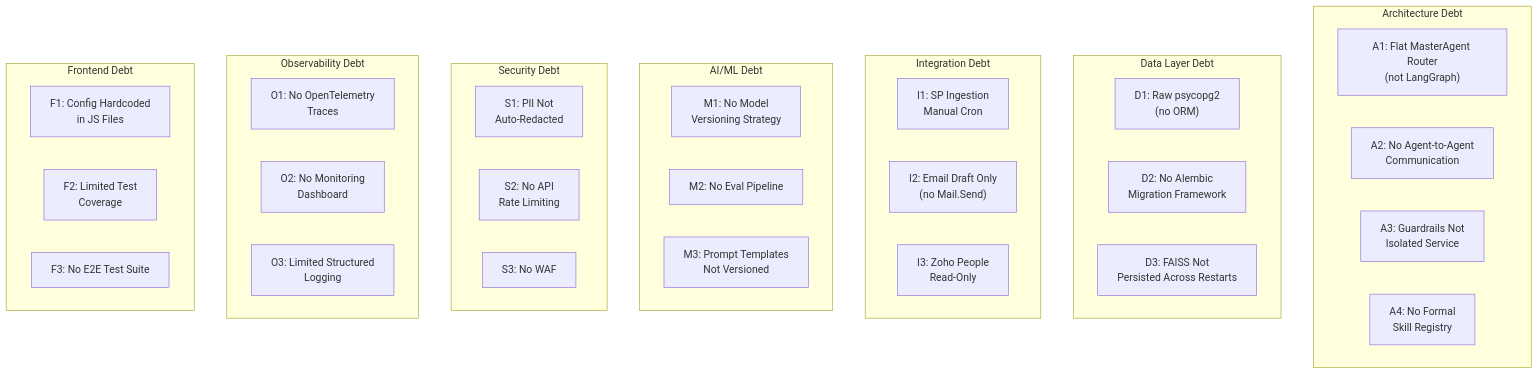
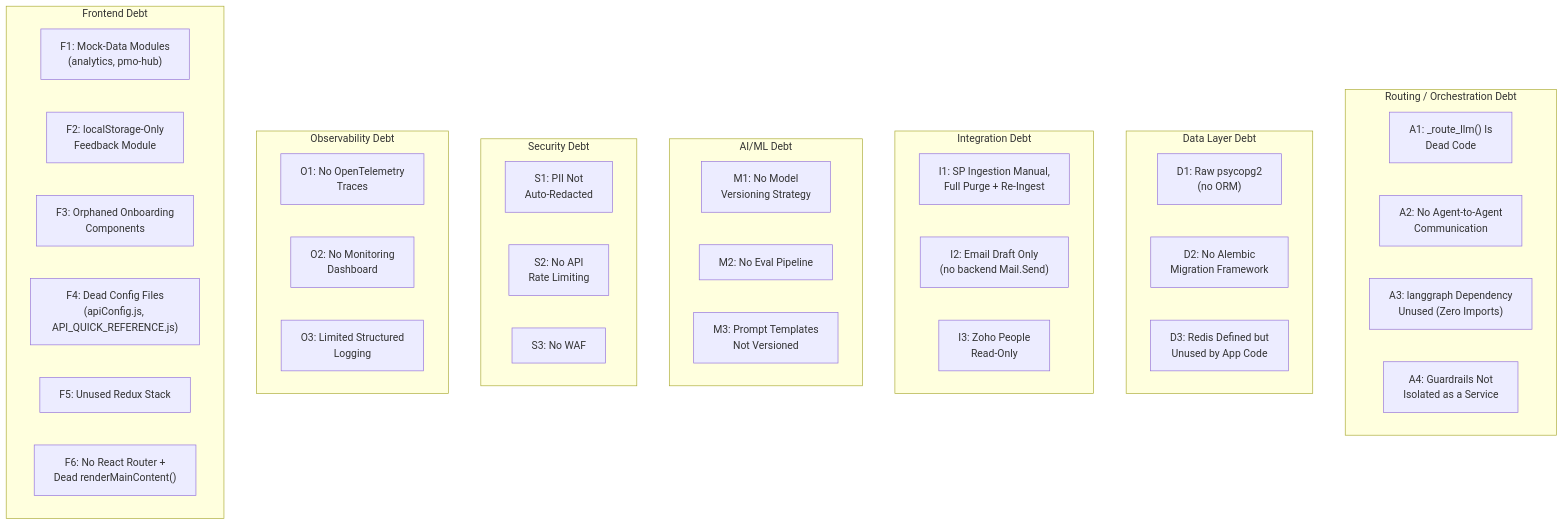
One commit to pdikondaaa/aa-hackathon changed the diagram in knowledge-specs/docs/09-roadmap/technical-debt.md. Above: the diagram before and after it, drawn with Mermaid. The commit also changed other lines of this file and 71 other files, not shown here.

````diff
--- a/knowledge-specs/docs/09-roadmap/technical-debt.md
+++ b/knowledge-specs/docs/09-roadmap/technical-debt.md
@@ -18,45 +29,48 @@
 ```mermaid
 graph TD
-    subgraph "Architecture Debt"
-        A1["A1: Flat MasterAgent Router\n(not LangGraph)"]
+    subgraph "Routing / Orchestration Debt"
+        A1["A1: _route_llm() Is\nDead Code"]
         A2["A2: No Agent-to-Agent\nCommunication"]
-        A3["A3: Guardrails Not\nIsolated Service"]
-        A4["A4: No Formal\nSkill Registry"]
+        A3["A3: langgraph Dependency\nUnused (Zero Imports)"]
+        A4["A4: Guardrails Not\nIsolated as a Service"]
     end
 
     subgraph "Data Layer Debt"
         D1["D1: Raw psycopg2\n(no ORM)"]
         D2["D2: No Alembic\nMigration Framework"]
-        D3["D3: FAISS Not\nPersisted Across Restarts"]
+        D3["D3: Redis Defined but\nUnused by App Code"]
     end
 
     subgraph "Integration Debt"
-        I1["I1: SP Ingestion\nManual Cron"]
-        I2["I2: Email Draft Only\n(no Mail.Send)"]
+        I1["I1: SP Ingestion Manual,\nFull Purge + Re-Ingest"]
+        I2["I2: Email Draft Only\n(no backend Mail.Send)"]
         I3["I3: Zoho People\nRead-Only"]
     end
 
     subgraph "AI/ML Debt"
         M1["M1: No Model\nVersioning Strategy"]
         M2["M2: No Eval Pipeline"]
         M3["M3: Prompt Templates\nNot Versioned"]
     end
 
     subgraph "Security Debt"
         S1["S1: PII Not\nAuto-Redacted"]
         S2["S2: No API\nRate Limiting"]
         S3["S3: No WAF"]
     end
 
     subgraph "Observability Debt"
         O1["O1: No OpenTelemetry\nTraces"]
         O2["O2: No Monitoring\nDashboard"]
         O3["O3: Limited Structured\nLogging"]
     end
 
     subgraph "Frontend Debt"
-        F1["F1: Config Hardcoded\nin JS Files"]
-        F2["F2: Limited Test\nCoverage"]
-        F3["F3: No E2E Test Suite"]
+        F1["F1: Mock-Data Modules\n(analytics, pmo-hub)"]
+        F2["F2: localStorage-Only\nFeedback Module"]
+        F3["F3: Orphaned Onboarding\nComponents"]
+        F4["F4: Dead Config Files\n(apiConfig.js, API_QUICK_REFERENCE.js)"]
+        F5["F5: Unused Redux Stack"]
+        F6["F6: No React Router +\nDead renderMainContent()"]
     end
 ```
````
